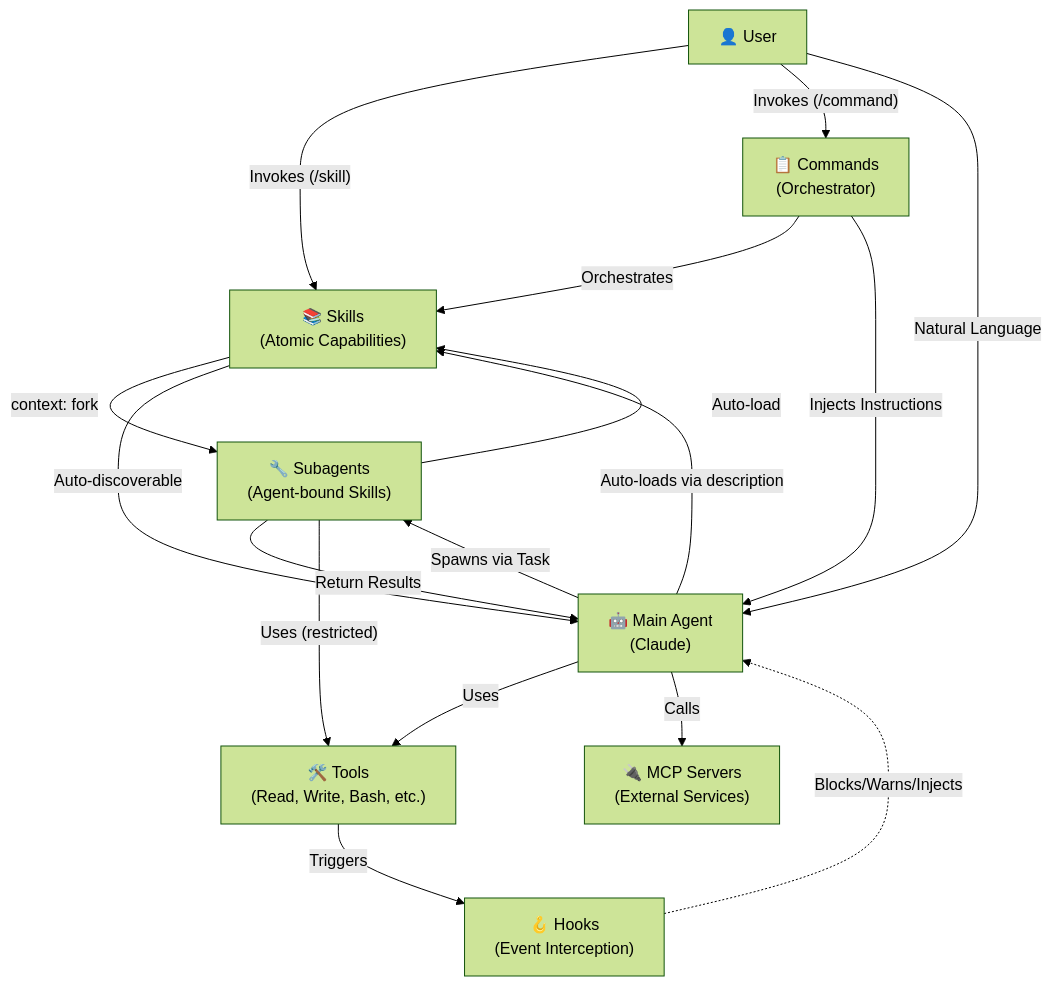
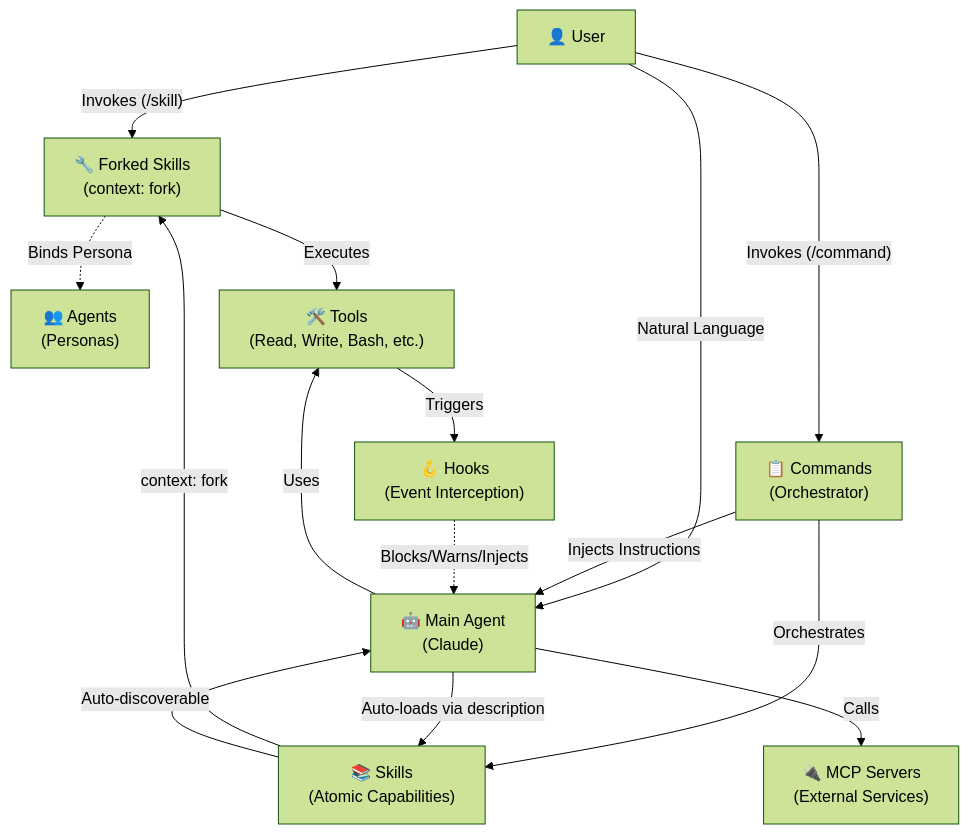
One commit to Git-Fg/thecattoolkit changed the diagram in docs/INTERACTION_GRAPH.md. Above: the diagram before and after it, drawn with Mermaid (forest theme). The commit also changed other lines of this file and 21 other files, not shown here.

````diff
--- a/docs/INTERACTION_GRAPH.md
+++ b/docs/INTERACTION_GRAPH.md
@@ -9,33 +9,31 @@
 ```mermaid
 graph TB
     User["👤 User"]
     MainAgent["🤖 Main Agent<br/>(Claude)"]
     Commands["📋 Commands<br/>(Orchestrator)"]
-    Subagents["🔧 Subagents<br/>(Agent-bound Skills)"]
+    ForkedSkills["🔧 Forked Skills<br/>(context: fork)"]
     Skills["📚 Skills<br/>(Atomic Capabilities)"]
+    Agents["👥 Agents<br/>(Personas)"]
     Tools["🛠️ Tools<br/>(Read, Write, Bash, etc.)"]
     Hooks["🪝 Hooks<br/>(Event Interception)"]
     MCP["🔌 MCP Servers<br/>(External Services)"]
 
-    User -->|"Invokes (/skill)"| Skills
+    User -->|"Invokes (/skill)"| ForkedSkills
     User -->|"Invokes (/command)"| Commands
     User -->|"Natural Language"| MainAgent
 
     Commands -->|"Orchestrates"| Skills
     Commands -->|"Injects Instructions"| MainAgent
 
-    MainAgent -->|"Spawns via Task"| Subagents
     MainAgent -->|"Auto-loads via description"| Skills
     MainAgent -->|"Uses"| Tools
     MainAgent -->|"Calls"| MCP
 
-    Skills -->|"context: fork"| Subagents
+    Skills -->|"context: fork"| ForkedSkills
+    ForkedSkills -.->|"Binds Persona"| Agents
+    ForkedSkills -->|"Executes"| Tools
     Skills -->|"Auto-discoverable"| MainAgent
-
-    Subagents -->|"Return Results"| MainAgent
-    Subagents -->|"Auto-load"| Skills
-    Subagents -->|"Uses (restricted)"| Tools
 
     Tools -->|"Triggers"| Hooks
     Hooks -.->|"Blocks/Warns/Injects"| MainAgent
 ```
````
